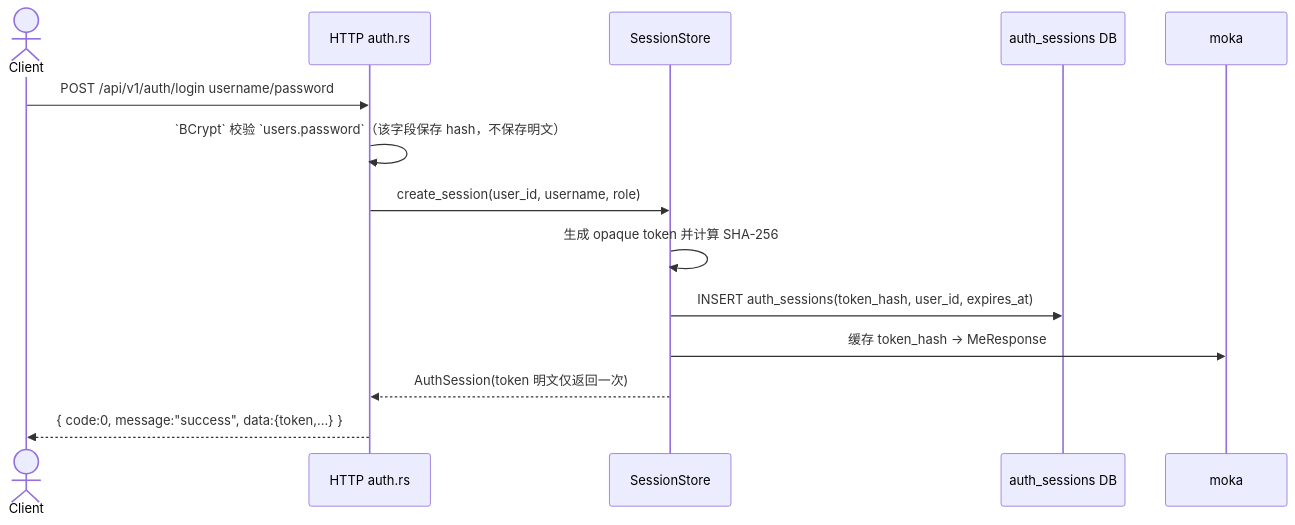
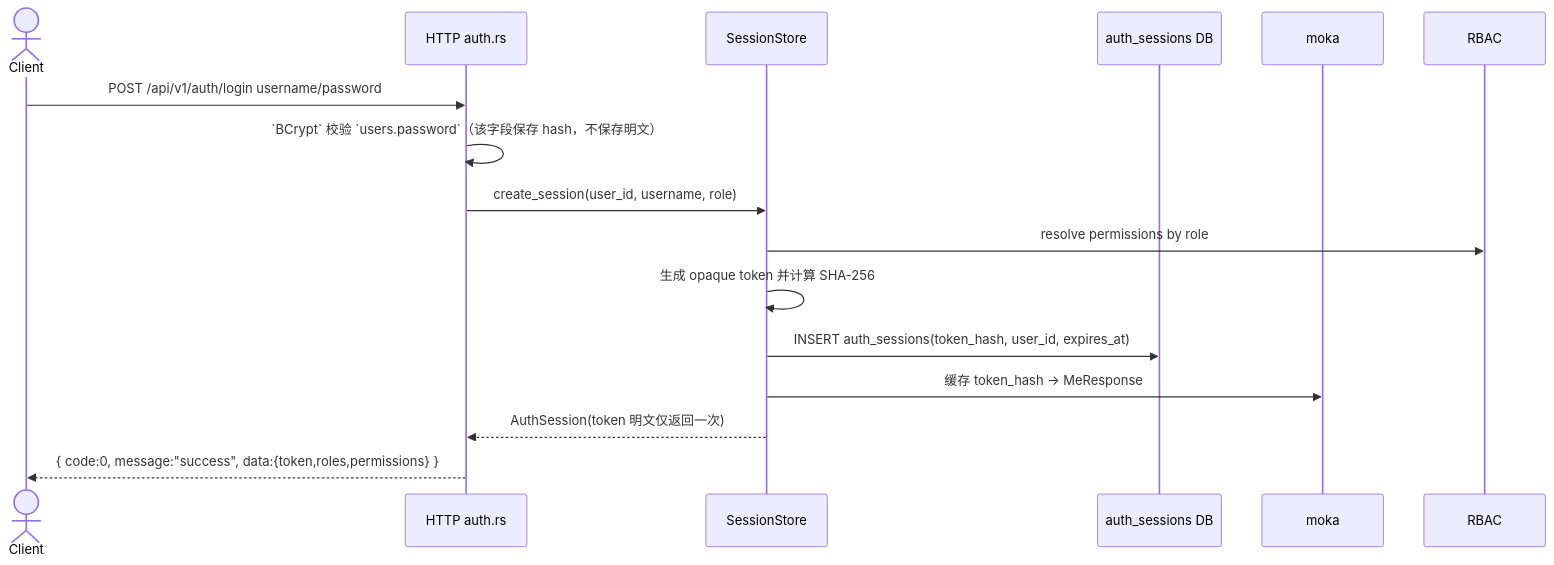
One commit to yhyzgn/tikeo changed the second of 3 diagrams in design/auth-session-design.md. Above: the diagram before and after it, drawn with Mermaid. The commit also changed other lines of this file and 44 other files, not shown here.

````diff
--- a/design/auth-session-design.md
+++ b/design/auth-session-design.md
@@ -77,17 +77,18 @@
 ```mermaid
 sequenceDiagram
     actor Client
     participant Auth as HTTP auth.rs
     participant Store as SessionStore
     participant DB as auth_sessions DB
     participant Cache as moka
 
     Client->>Auth: POST /api/v1/auth/login username/password
     Auth->>Auth: `BCrypt` 校验 `users.password`（该字段保存 hash，不保存明文）
     Auth->>Store: create_session(user_id, username, role)
+    Store->>RBAC: resolve permissions by role
     Store->>Store: 生成 opaque token 并计算 SHA-256
     Store->>DB: INSERT auth_sessions(token_hash, user_id, expires_at)
     Store->>Cache: 缓存 token_hash -> MeResponse
     Store-->>Auth: AuthSession(token 明文仅返回一次)
-    Auth-->>Client: { code:0, message:"success", data:{token,...} }
+    Auth-->>Client: { code:0, message:"success", data:{token,roles,permissions} }
 ```
````
